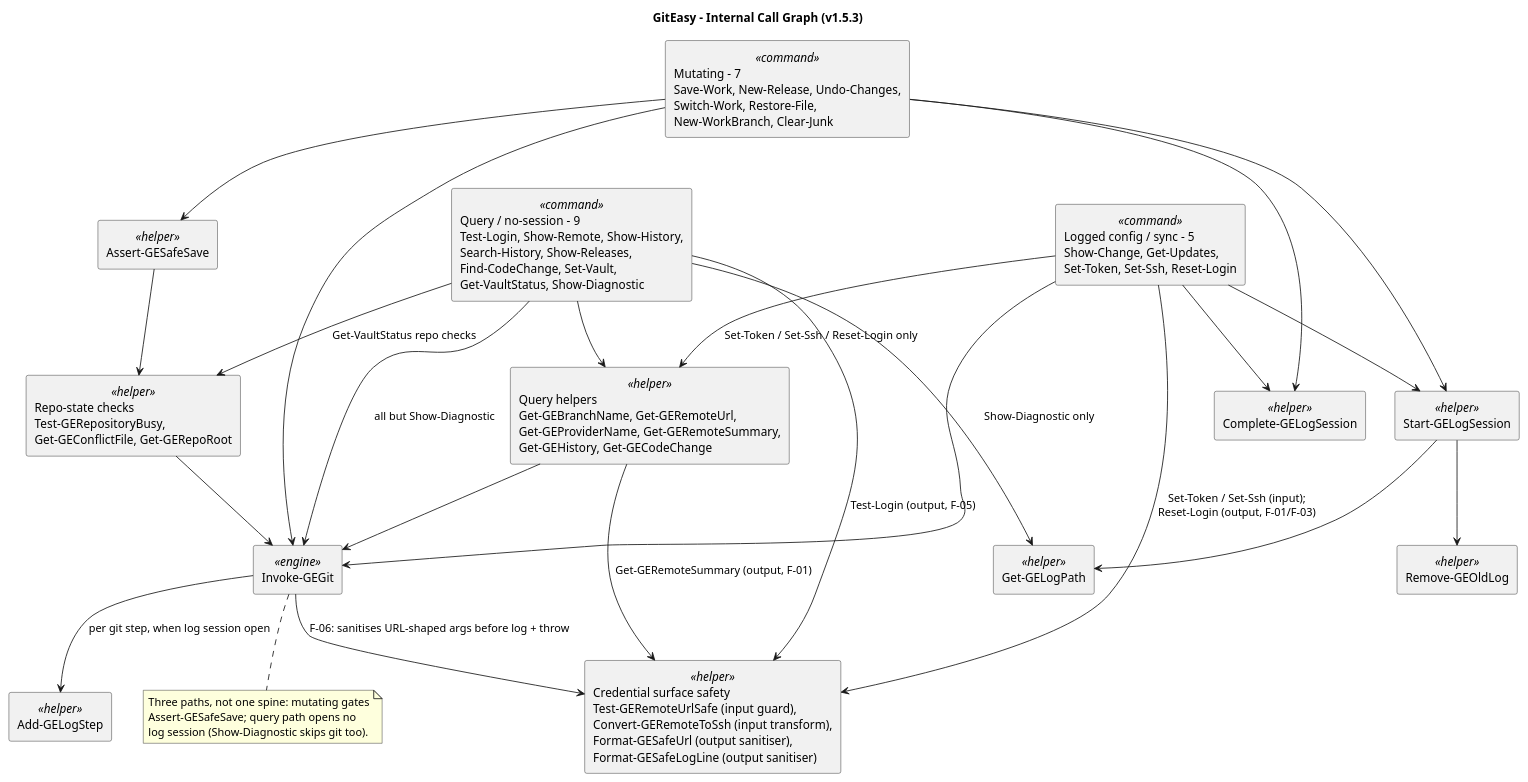
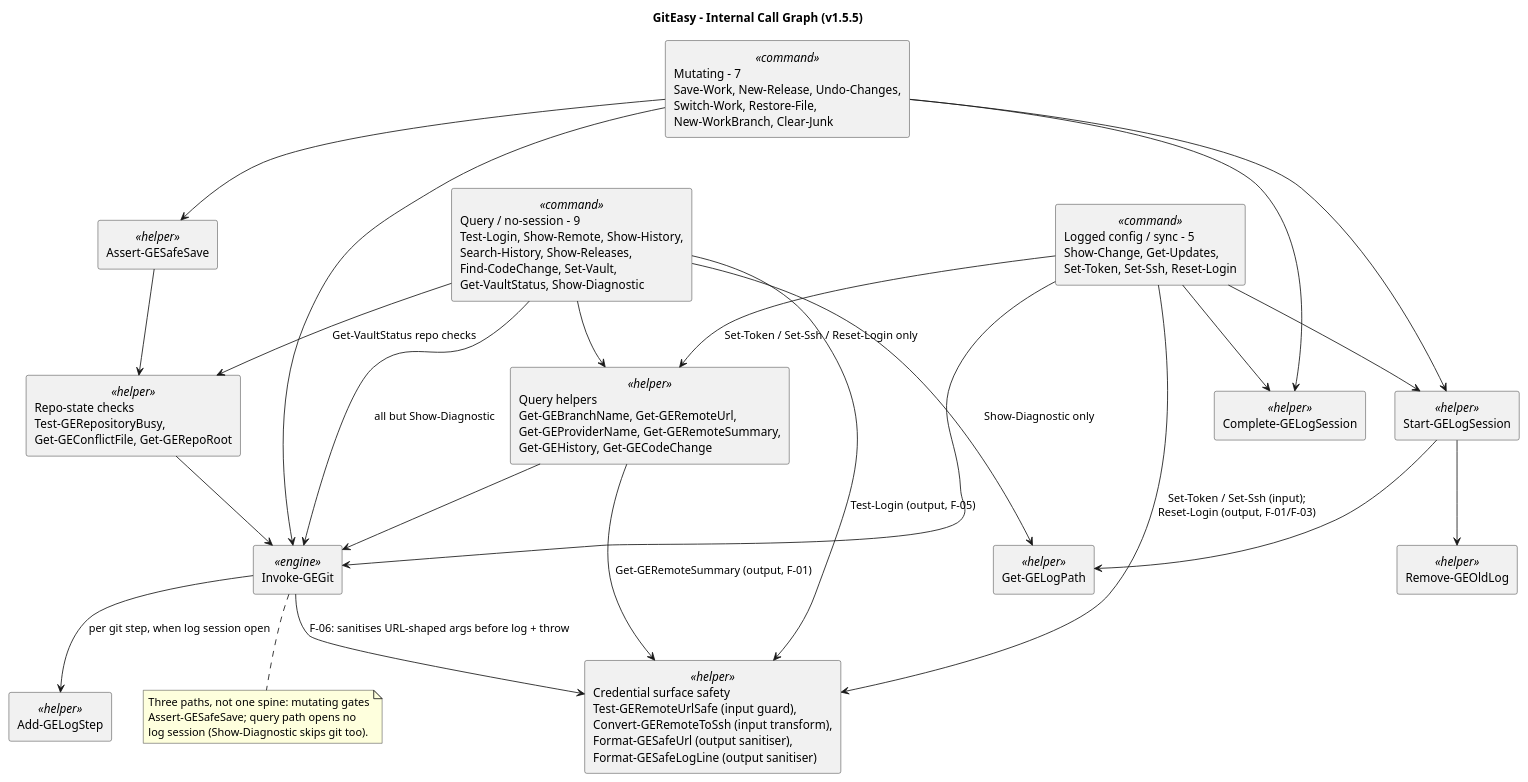
Before and after one commit to greenmtnsun/GitEasy: the diagram in docs/UML/02-internal-call-graph.puml, drawn with PlantUML. The commit also changed 13 other files, not shown here.

Commit message:
Add 9 UML diagrams 04-12 + README; complete GR-002 (DR-016)

```diff
--- a/docs/UML/02-internal-call-graph.puml
+++ b/docs/UML/02-internal-call-graph.puml
@@ -1,52 +1,52 @@
 @startuml GitEasyInternalCallGraph
-title GitEasy - Internal Call Graph (v1.5.3)
+title GitEasy - Internal Call Graph (v1.5.5)
 skinparam componentStyle rectangle
 skinparam shadowing false
 
 component "Mutating - 7\nSave-Work, New-Release, Undo-Changes,\nSwitch-Work, Restore-File,\nNew-WorkBranch, Clear-Junk" <<command>> as Mut
 component "Logged config / sync - 5\nShow-Change, Get-Updates,\nSet-Token, Set-Ssh, Reset-Login" <<command>> as Cfg
 component "Query / no-session - 9\nTest-Login, Show-Remote, Show-History,\nSearch-History, Show-Releases,\nFind-CodeChange, Set-Vault,\nGet-VaultStatus, Show-Diagnostic" <<command>> as Qry
 
 component "Start-GELogSession" <<helper>> as StartLog
 component "Complete-GELogSession" <<helper>> as EndLog
 component "Add-GELogStep" <<helper>> as AddLog
 component "Get-GELogPath" <<helper>> as LogPath
 component "Remove-GEOldLog" <<helper>> as Prune
 component "Assert-GESafeSave" <<helper>> as Safe
 component "Repo-state checks\nTest-GERepositoryBusy,\nGet-GEConflictFile, Get-GERepoRoot" <<helper>> as RepoChk
 component "Query helpers\nGet-GEBranchName, Get-GERemoteUrl,\nGet-GEProviderName, Get-GERemoteSummary,\nGet-GEHistory, Get-GECodeChange" <<helper>> as QHelp
 component "Credential surface safety\nTest-GERemoteUrlSafe (input guard),\nConvert-GERemoteToSsh (input transform),\nFormat-GESafeUrl (output sanitiser),\nFormat-GESafeLogLine (output sanitiser)" <<helper>> as UrlSafe
 component "Invoke-GEGit" <<engine>> as Engine
 
 Mut --> StartLog
 Mut --> Safe
 Mut --> Engine
 Mut --> EndLog
 Safe --> RepoChk
 RepoChk --> Engine
 
 Cfg --> StartLog
 Cfg --> Engine
 Cfg --> EndLog
 Cfg --> UrlSafe : Set-Token / Set-Ssh (input);\nReset-Login (output, F-01/F-03)
 Cfg --> QHelp : Set-Token / Set-Ssh / Reset-Login only
 
 Qry --> QHelp
 Qry --> RepoChk : Get-VaultStatus repo checks
 Qry --> Engine : all but Show-Diagnostic
 Qry --> LogPath : Show-Diagnostic only
 Qry --> UrlSafe : Test-Login (output, F-05)
 
 StartLog --> LogPath
 StartLog --> Prune
 QHelp --> Engine
 QHelp --> UrlSafe : Get-GERemoteSummary (output, F-01)
 Engine --> AddLog : per git step, when log session open
 Engine --> UrlSafe : F-06: sanitises URL-shaped args before log + throw
 
 note bottom of Engine
   Three paths, not one spine: mutating gates
   Assert-GESafeSave; query path opens no
   log session (Show-Diagnostic skips git too).
 end note
 @enduml
```
